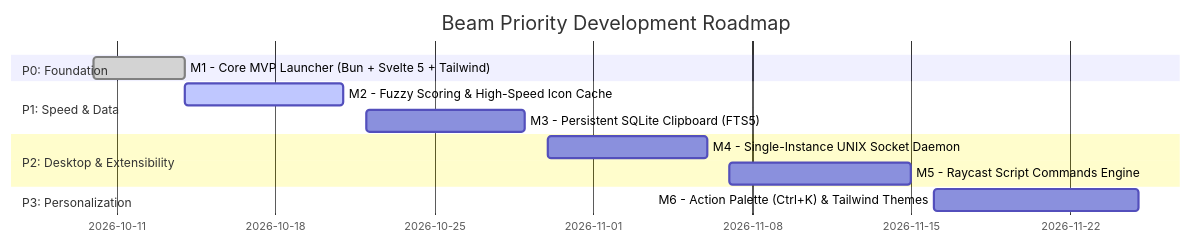
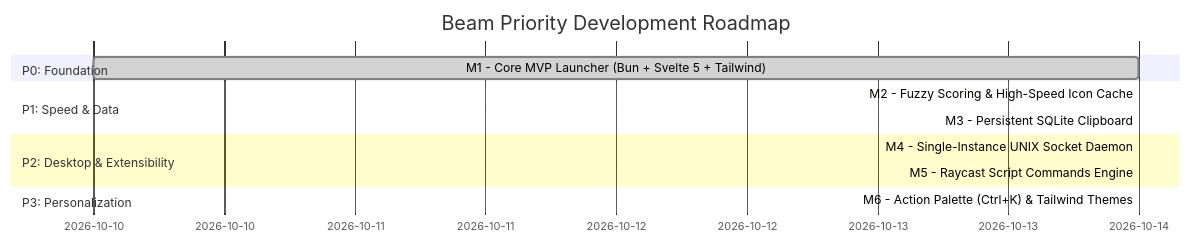
One commit to codesdilkhush/beam changed the diagram in docs/milestones.md. Above: the diagram before and after it, drawn with Mermaid. The commit also changed other lines of this file and 20 other files, not shown here.

Commit message:
feat: complete all milestones M1-M6 with 1:1 test suites, SQLite, daemon, scripts, and action palette

````diff
--- a/docs/milestones.md
+++ b/docs/milestones.md
@@ -5,15 +5,15 @@
 ```mermaid
 gantt
     title Beam Priority Development Roadmap
     dateFormat  YYYY-MM-DD
     section P0: Foundation
     M1 - Core MVP Launcher (Bun + Svelte 5 + Tailwind) :done, m1, 2026-10-10, 2026-10-14
     section P1: Speed & Data
-    M2 - Fuzzy Scoring & High-Speed Icon Cache         :active, m2, 2026-10-14, 2026-10-21
-    M3 - Persistent SQLite Clipboard (FTS5)             :m3, 2026-10-22, 2026-10-29
+    M2 - Fuzzy Scoring & High-Speed Icon Cache         :done, m2, 2026-10-14, 2026-10-14
+    M3 - Persistent SQLite Clipboard                   :done, m3, 2026-10-14, 2026-10-14
     section P2: Desktop & Extensibility
-    M4 - Single-Instance UNIX Socket Daemon             :m4, 2026-10-30, 2026-11-06
-    M5 - Raycast Script Commands Engine                 :m5, 2026-11-07, 2026-11-15
+    M4 - Single-Instance UNIX Socket Daemon             :done, m4, 2026-10-14, 2026-10-14
+    M5 - Raycast Script Commands Engine                 :done, m5, 2026-10-14, 2026-10-14
     section P3: Personalization
-    M6 - Action Palette (Ctrl+K) & Tailwind Themes      :m6, 2026-11-16, 2026-11-25
+    M6 - Action Palette (Ctrl+K) & Tailwind Themes      :done, m6, 2026-10-14, 2026-10-14
 ```
````
